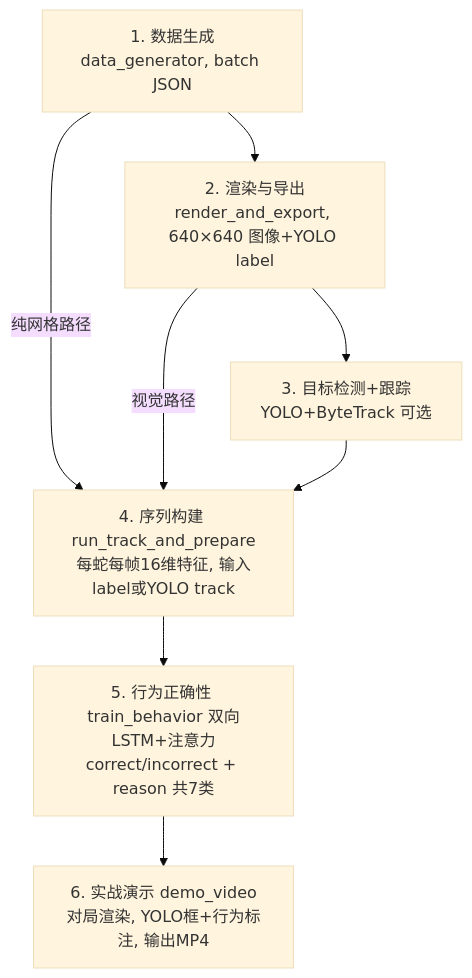
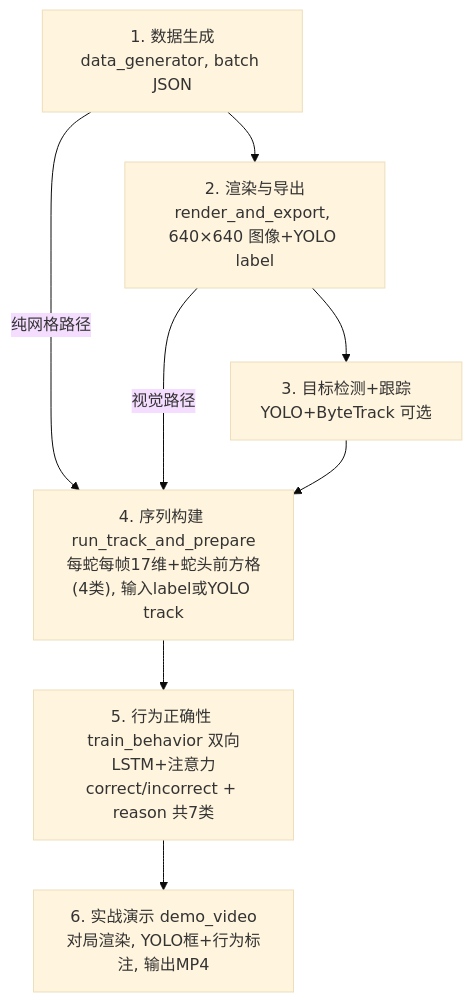
The diagram in README.md (HeliumAreFlying/behavior_detection), drawn with Mermaid (base theme) before and after one commit. The commit also changed other lines of this file and 2 other files, not shown here.

````diff
--- a/README.md
+++ b/README.md
@@ -9,19 +9,19 @@
 ```mermaid
 flowchart TB
     A["1. 数据生成<br/>data_generator, batch JSON"]
     B["2. 渲染与导出<br/>render_and_export, 640×640 图像+YOLO label"]
     C["3. 目标检测+跟踪<br/>YOLO+ByteTrack 可选"]
 
     A --> B --> C
     A -->|纯网格路径| D
     B -->|视觉路径| D
     C --> D
 
-    D["4. 序列构建 run_track_and_prepare<br/>每蛇每帧16维特征, 输入label或YOLO track"]
+    D["4. 序列构建 run_track_and_prepare<br/>每蛇每帧17维+蛇头前方格(4类), 输入label或YOLO track"]
     D --> E
 
     E["5. 行为正确性 train_behavior 双向LSTM+注意力<br/>correct/incorrect + reason 共7类"]
     E --> F
 
     F["6. 实战演示 demo_video<br/>对局渲染, YOLO框+行为标注, 输出MP4"]
 ```
````
